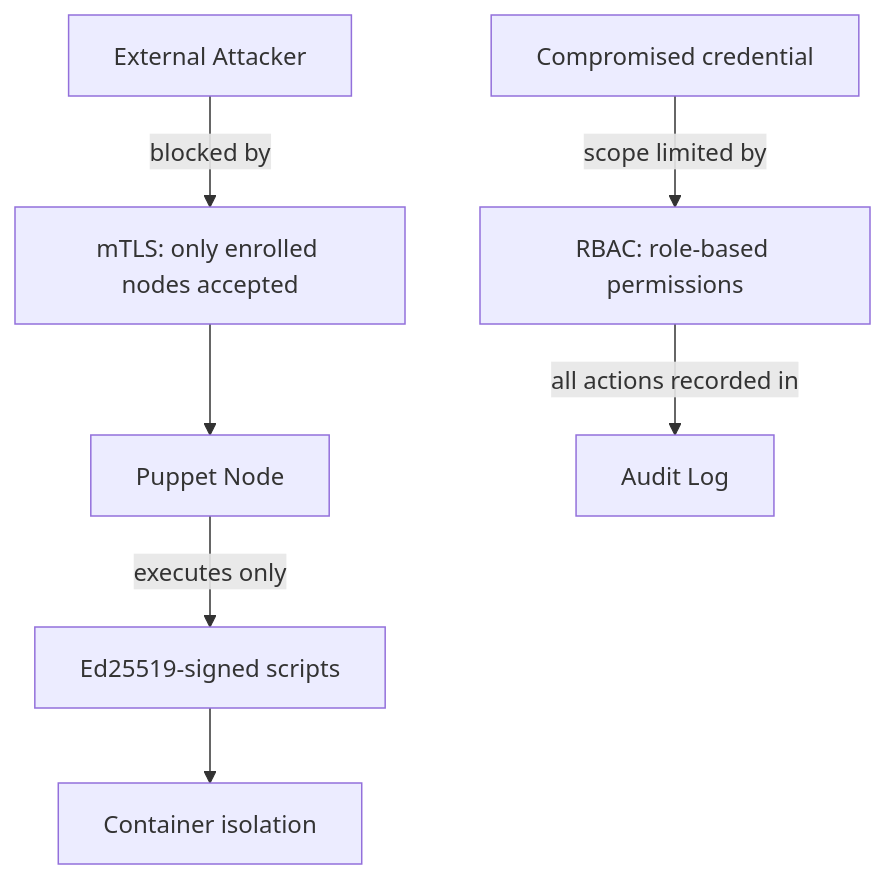
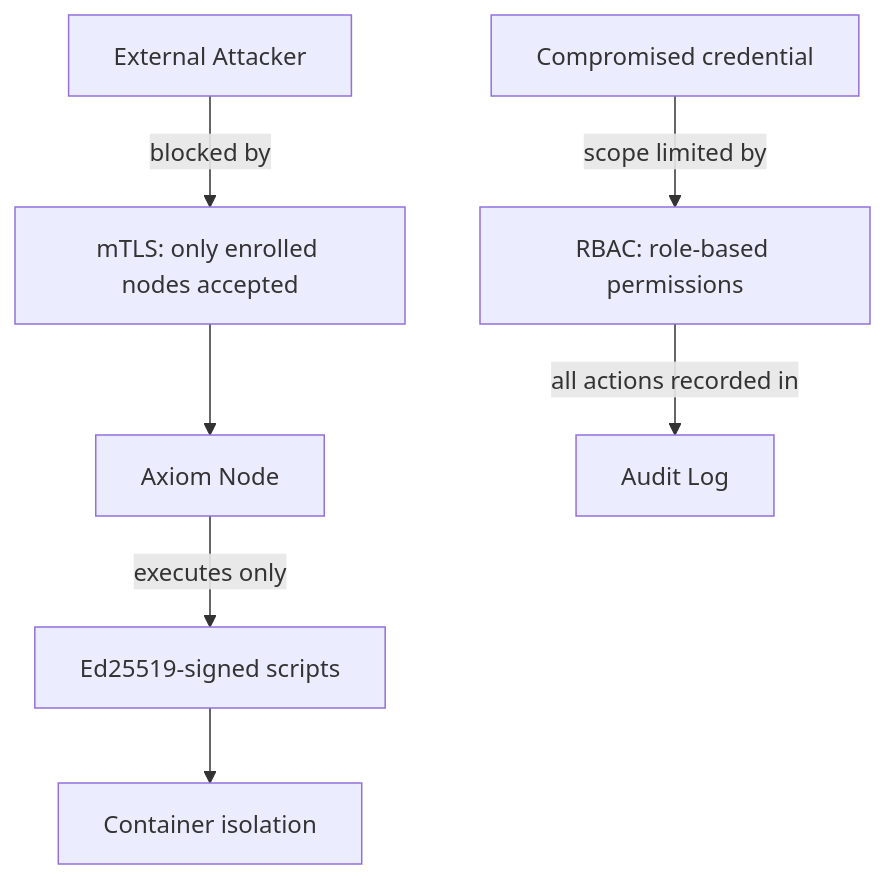
One commit to Bambibanners/master_of_puppets changed the diagram in docs/docs/security/index.md. Above: the diagram before and after it, drawn with Mermaid. The commit also changed other lines of this file and 15 other files, not shown here.

````diff
--- a/docs/docs/security/index.md
+++ b/docs/docs/security/index.md
@@ -16,9 +16,9 @@
 ```mermaid
 graph TD
     A[External Attacker] -->|blocked by| B[mTLS: only enrolled nodes accepted]
-    B --> C[Puppet Node]
+    B --> C[Axiom Node]
     C -->|executes only| D[Ed25519-signed scripts]
     D --> E[Container isolation]
     F[Compromised credential] -->|scope limited by| G[RBAC: role-based permissions]
     G -->|all actions recorded in| H[Audit Log]
 ```
````
